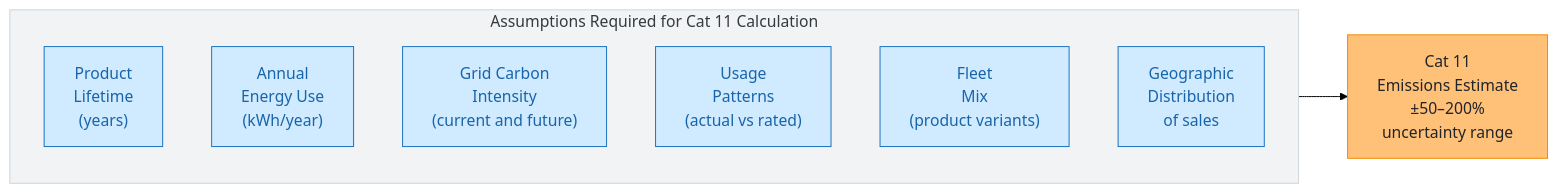
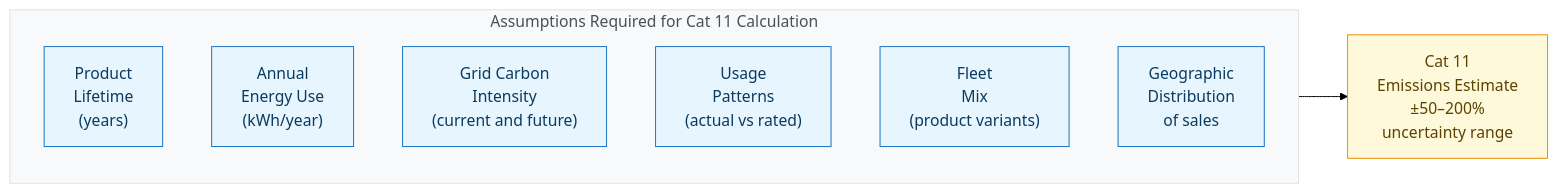
Before and after one commit to co3org/Scope3-Challenge: the fourth of 6 diagrams in docs/01_scope3_fundamentals.md, drawn with Mermaid (forest theme). The commit also changed other lines of this file and 11 other files, not shown here.

First line of the commit message:
Soft diagram palette and trim text-wall node labels

````diff
--- a/docs/01_scope3_fundamentals.md
+++ b/docs/01_scope3_fundamentals.md
@@ -204,22 +204,22 @@
 ```mermaid
 flowchart LR
-    classDef info fill:#d0ebff,stroke:#1971c2,color:#1864ab;
-    classDef warn fill:#ffc078,stroke:#f08c00,color:#212529;
-    classDef muted fill:#f1f3f5,stroke:#ced4da,color:#343a40;
+    classDef info fill:#e7f5ff,stroke:#1971c2,color:#0b3a5e;
+    classDef warn fill:#fff9db,stroke:#f08c00,color:#5c4400;
+    classDef muted fill:#f8f9fa,stroke:#dee2e6,color:#495057;
 
     subgraph Assumptions["Assumptions Required for Cat 11 Calculation"]
         direction TB
         A1["Product\nLifetime\n(years)"]
         A2["Annual\nEnergy Use\n(kWh/year)"]
         A3["Grid Carbon\nIntensity\n(current and future)"]
         A4["Usage\nPatterns\n(actual vs rated)"]
         A5["Fleet\nMix\n(product variants)"]
         A6["Geographic\nDistribution\nof sales"]
     end
 
     Assumptions --> R["Cat 11\nEmissions Estimate\n±50–200%\nuncertainty range"]
 
     class A1,A2,A3,A4,A5,A6 info;
     class R warn;
     class Assumptions muted;
 ```
````
